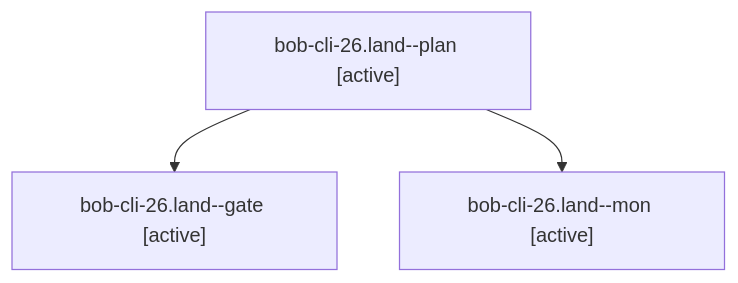
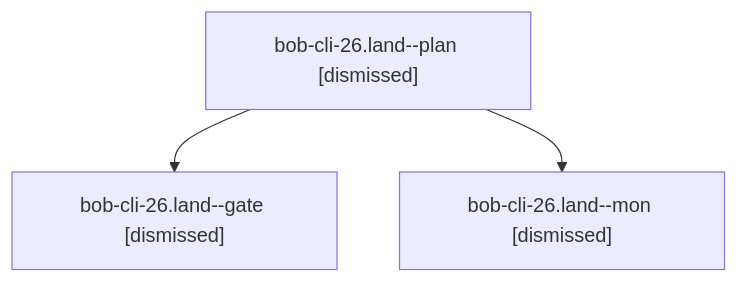
One commit to bobs-org/bob-cli--agents changed the diagram in sessions/bbugyi200.apollo.bob-cli-26.land.md. Above: the diagram before and after it, drawn with Mermaid. The commit also changed other lines of this file and 71 other files, not shown here.

````diff
--- a/sessions/bbugyi200.apollo.bob-cli-26.land.md
+++ b/sessions/bbugyi200.apollo.bob-cli-26.land.md
@@ -9,8 +9,8 @@
 ```mermaid
 flowchart TD
-  n0["bob-cli-26.land--plan [active]"]
-  n1["bob-cli-26.land--gate [active]"]
+  n0["bob-cli-26.land--plan [dismissed]"]
+  n1["bob-cli-26.land--gate [dismissed]"]
   n0 --> n1
-  n2["bob-cli-26.land--mon [active]"]
+  n2["bob-cli-26.land--mon [dismissed]"]
   n0 --> n2
 ```
````
